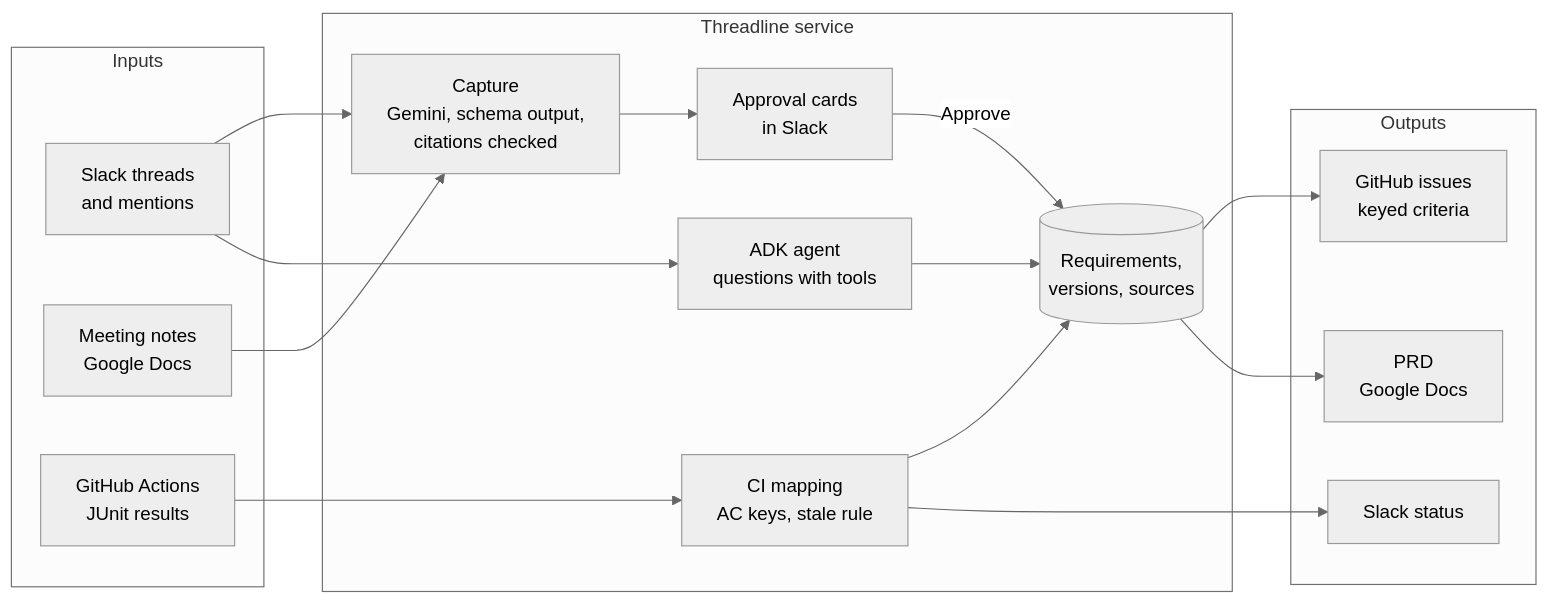
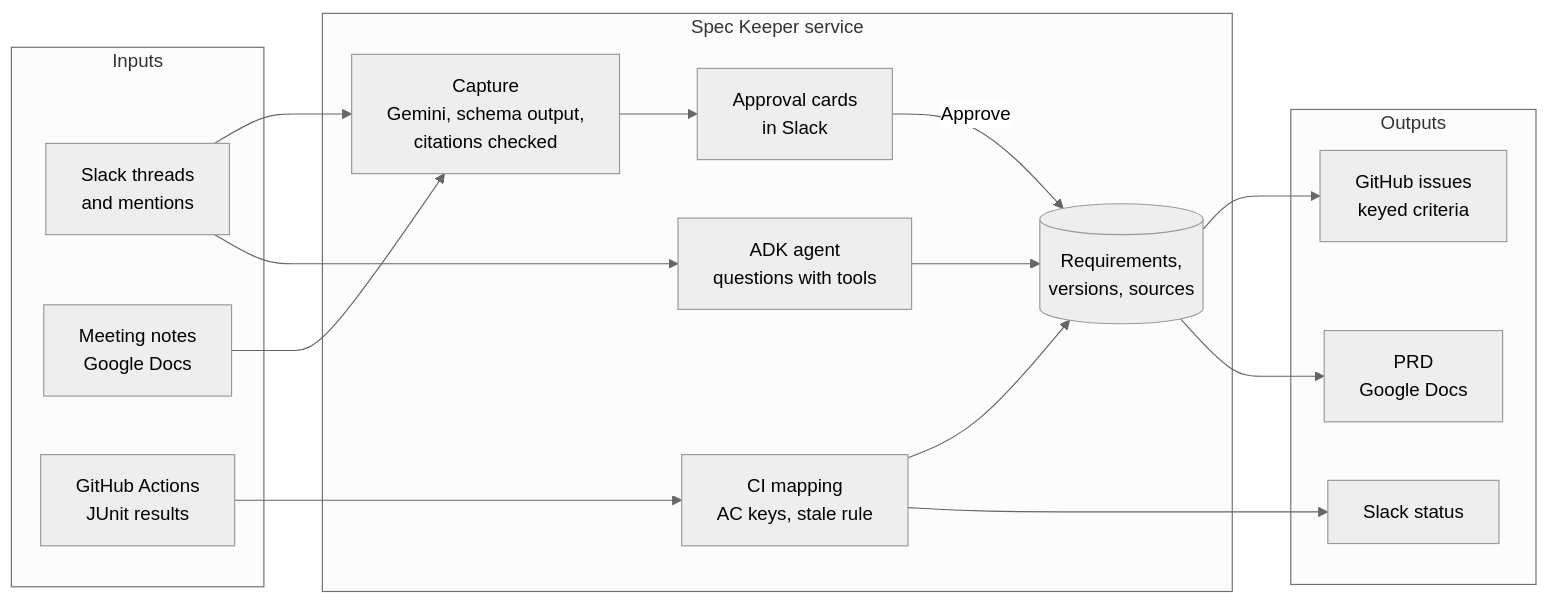
The diagram in README.md (taqelah/speckeeper), drawn with Mermaid (neutral theme) before and after one commit. The commit also changed other lines of this file and 29 other files, not shown here.

Commit message:
Rename to Spec Keeper: package speckeeper, display name Spec Keeper, X-SpecKeeper-Secret, SPECKEEPER_ settings

````diff
--- a/README.md
+++ b/README.md
@@ -31,31 +31,31 @@
 ```mermaid
 flowchart LR
     subgraph Inputs
         S[Slack threads<br/>and mentions]
         M[Meeting notes<br/>Google Docs]
         A[GitHub Actions<br/>JUnit results]
     end
-    subgraph Threadline [Threadline service]
+    subgraph Spec Keeper [Spec Keeper service]
         E[Capture<br/>Gemini, schema output,<br/>citations checked]
         G[Approval cards<br/>in Slack]
         Q[ADK agent<br/>questions with tools]
         C[CI mapping<br/>AC keys, stale rule]
         D[(Requirements,<br/>versions, sources)]
     end
     subgraph Outputs
         I[GitHub issues<br/>keyed criteria]
         P[PRD<br/>Google Docs]
         R[Slack status]
     end
     S --> E
     M --> E
     E --> G
     G -- Approve --> D
     D --> I
     D --> P
     A --> C
     C --> D
     C --> R
     S --> Q
     Q --> D
 ```
````
